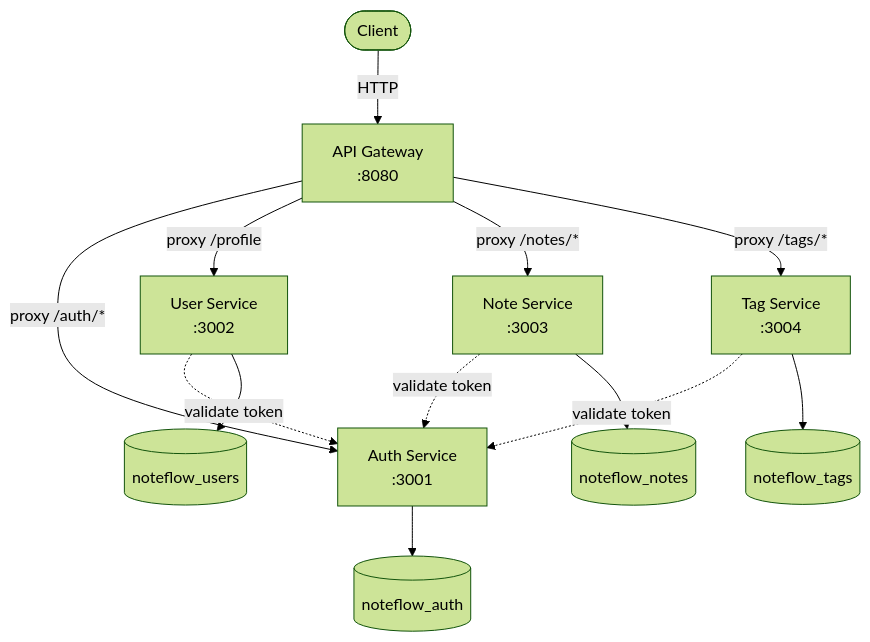
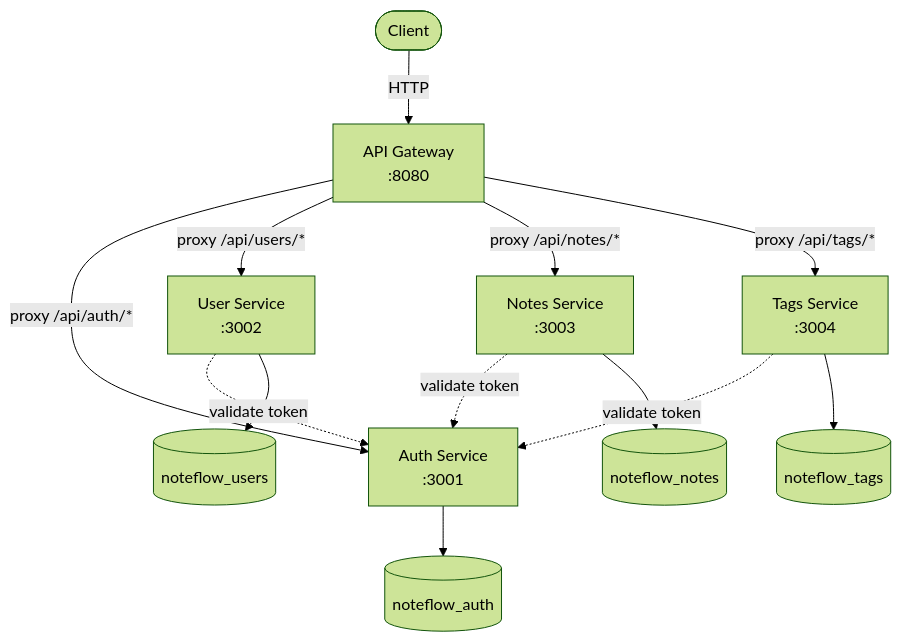
Before and after one commit to jackytech111/NoteFlow: the first of 7 diagrams in README.md, drawn with Mermaid (forest theme). The commit also changed other lines of this file, not shown here.

Commit message:
docs: fix service directory names, update testing/CI docs, sync roadmap

````diff
--- a/README.md
+++ b/README.md
@@ -44,28 +47,28 @@
 ```mermaid
 graph TD
     Client([Client])
     Gateway[API Gateway<br/>:8080]
     Auth[Auth Service<br/>:3001]
     User[User Service<br/>:3002]
-    Note[Note Service<br/>:3003]
-    Tag[Tag Service<br/>:3004]
+    Notes[Notes Service<br/>:3003]
+    Tags[Tags Service<br/>:3004]
     AuthDB[(noteflow_auth)]
     UserDB[(noteflow_users)]
-    NoteDB[(noteflow_notes)]
-    TagDB[(noteflow_tags)]
+    NotesDB[(noteflow_notes)]
+    TagsDB[(noteflow_tags)]
 
     Client -->|HTTP| Gateway
-    Gateway -->|proxy /auth/*| Auth
-    Gateway -->|proxy /profile| User
-    Gateway -->|proxy /notes/*| Note
-    Gateway -->|proxy /tags/*| Tag
+    Gateway -->|proxy /api/auth/*| Auth
+    Gateway -->|proxy /api/users/*| User
+    Gateway -->|proxy /api/notes/*| Notes
+    Gateway -->|proxy /api/tags/*| Tags
 
-    Note -.->|validate token| Auth
-    Tag -.->|validate token| Auth
+    Notes -.->|validate token| Auth
+    Tags -.->|validate token| Auth
     User -.->|validate token| Auth
 
     Auth --> AuthDB
     User --> UserDB
-    Note --> NoteDB
-    Tag --> TagDB
+    Notes --> NotesDB
+    Tags --> TagsDB
 ```
````
